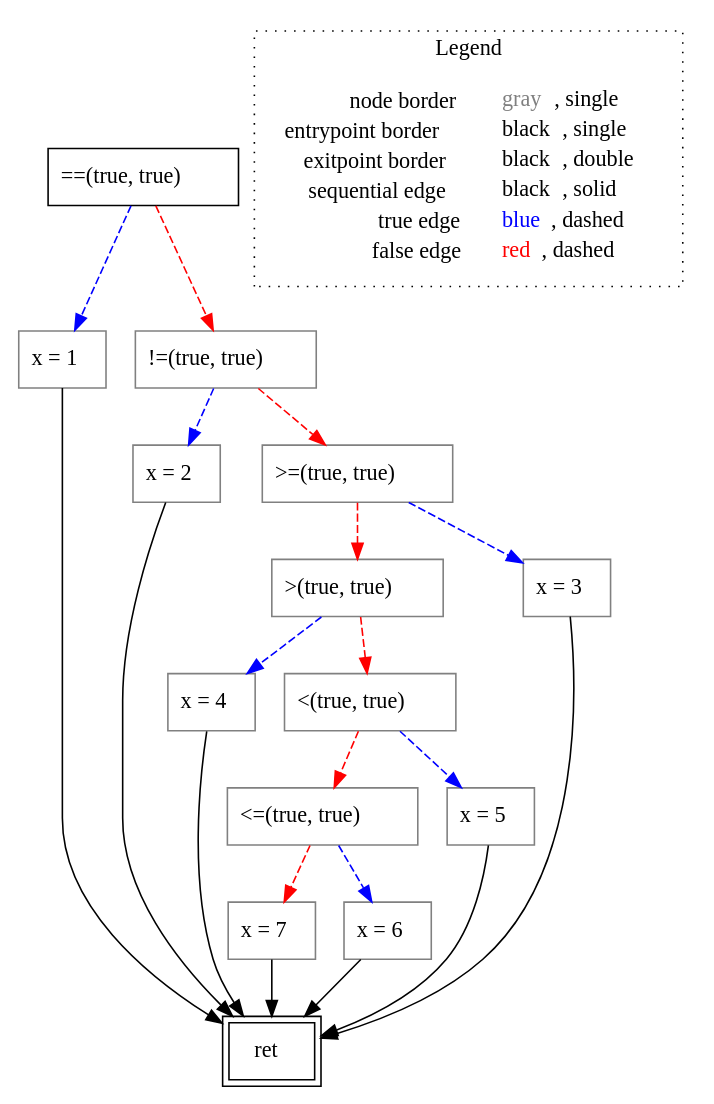
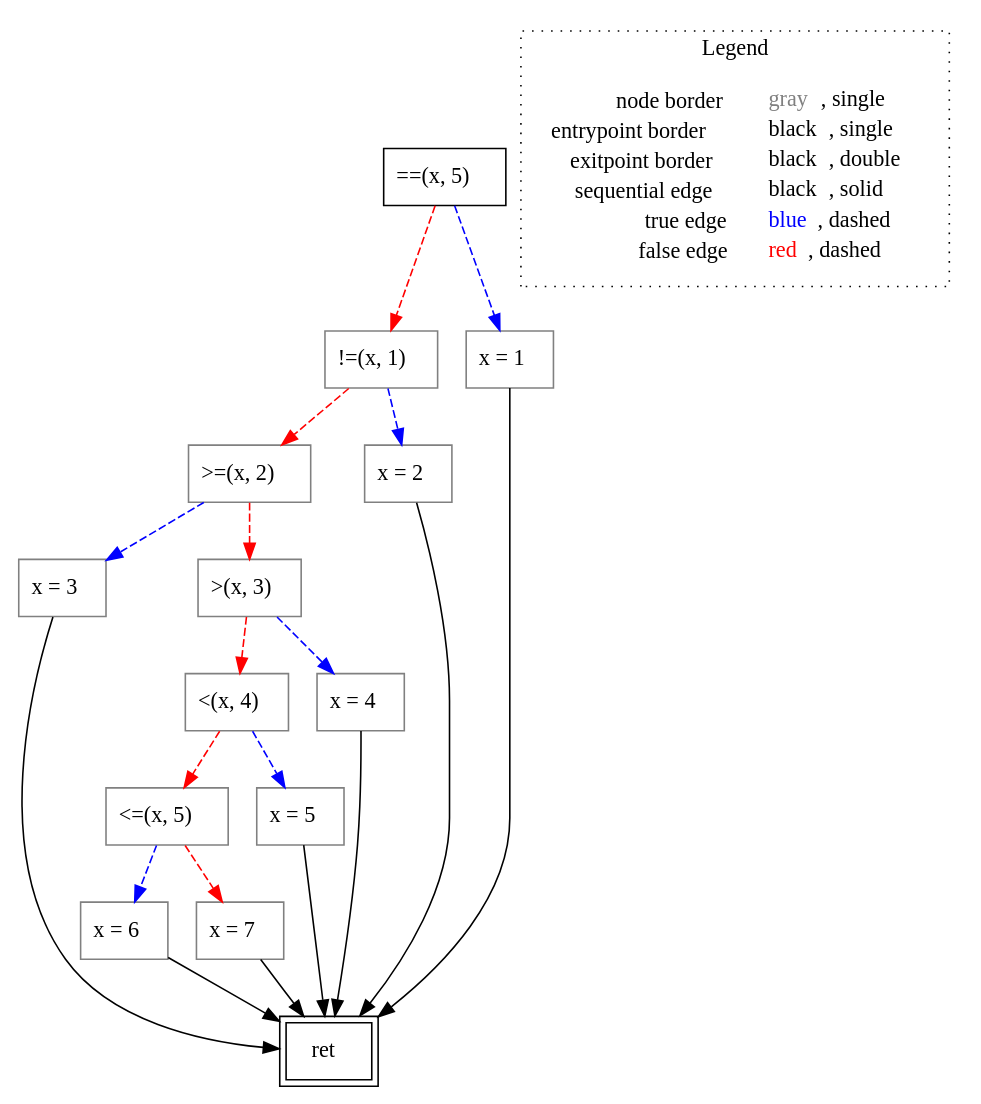
The diagram in rust-lisa/rust-testcases/cfg/multiple-if/untyped_rust-testcases_cfg_multiple-if_multiple-if.rs.main().dot (VincenzoArceri/rust-lisa), drawn with Graphviz before and after one commit. The commit also changed 6 other files, not shown here.

```diff
--- a/rust-lisa/rust-testcases/cfg/multiple-if/untyped_rust-testcases_cfg_multiple-if_multiple-if.rs.main().dot
+++ b/rust-lisa/rust-testcases/cfg/multiple-if/untyped_rust-testcases_cfg_multiple-if_multiple-if.rs.main().dot
@@ -1,42 +1,42 @@
 digraph {
-	"node0" [shape="rect",color="black",label=<==(true, true)>];
-	"node1" [shape="rect",color="gray",label=<x = 4>];
-	"node2" [shape="rect",color="gray",label=<&lt;=(true, true)>];
-	"node3" [shape="rect",color="gray",label=<&lt;(true, true)>];
-	"node4" [shape="rect",color="gray",label=<x = 1>];
-	"node5" [shape="rect",color="black",peripheries="2",label=<ret>];
-	"node6" [shape="rect",color="gray",label=<!=(true, true)>];
+	"node0" [shape="rect",color="black",label=<==(x, 5)>];
+	"node1" [shape="rect",color="gray",label=<&gt;=(x, 2)>];
+	"node2" [shape="rect",color="gray",label=<x = 6>];
+	"node3" [shape="rect",color="gray",label=<&lt;(x, 4)>];
+	"node4" [shape="rect",color="gray",label=<!=(x, 1)>];
+	"node5" [shape="rect",color="gray",label=<&lt;=(x, 5)>];
+	"node6" [shape="rect",color="gray",label=<x = 3>];
 	"node7" [shape="rect",color="gray",label=<x = 7>];
-	"node8" [shape="rect",color="gray",label=<x = 2>];
-	"node9" [shape="rect",color="gray",label=<x = 6>];
-	"node10" [shape="rect",color="gray",label=<&gt;(true, true)>];
-	"node11" [shape="rect",color="gray",label=<x = 5>];
-	"node12" [shape="rect",color="gray",label=<&gt;=(true, true)>];
-	"node13" [shape="rect",color="gray",label=<x = 3>];
-	"node1" -> "node5" [color="black"];
-	"node2" -> "node9" [color="blue",style="dashed"];
-	"node2" -> "node7" [color="red",style="dashed"];
-	"node3" -> "node2" [color="red",style="dashed"];
-	"node3" -> "node11" [color="blue",style="dashed"];
-	"node4" -> "node5" [color="black"];
-	"node0" -> "node4" [color="blue",style="dashed"];
-	"node0" -> "node6" [color="red",style="dashed"];
-	"node6" -> "node8" [color="blue",style="dashed"];
-	"node6" -> "node12" [color="red",style="dashed"];
-	"node7" -> "node5" [color="black"];
-	"node8" -> "node5" [color="black"];
-	"node9" -> "node5" [color="black"];
-	"node10" -> "node1" [color="blue",style="dashed"];
-	"node10" -> "node3" [color="red",style="dashed"];
-	"node11" -> "node5" [color="black"];
-	"node12" -> "node10" [color="red",style="dashed"];
-	"node12" -> "node13" [color="blue",style="dashed"];
-	"node13" -> "node5" [color="black"];
+	"node8" [shape="rect",color="black",peripheries="2",label=<ret>];
+	"node9" [shape="rect",color="gray",label=<x = 4>];
+	"node10" [shape="rect",color="gray",label=<x = 5>];
+	"node11" [shape="rect",color="gray",label=<&gt;(x, 3)>];
+	"node12" [shape="rect",color="gray",label=<x = 2>];
+	"node13" [shape="rect",color="gray",label=<x = 1>];
+	"node0" -> "node4" [color="red",style="dashed"];
+	"node0" -> "node13" [color="blue",style="dashed"];
+	"node1" -> "node11" [color="red",style="dashed"];
+	"node1" -> "node6" [color="blue",style="dashed"];
+	"node2" -> "node8" [color="black"];
+	"node3" -> "node5" [color="red",style="dashed"];
+	"node3" -> "node10" [color="blue",style="dashed"];
+	"node4" -> "node1" [color="red",style="dashed"];
+	"node4" -> "node12" [color="blue",style="dashed"];
+	"node5" -> "node2" [color="blue",style="dashed"];
+	"node5" -> "node7" [color="red",style="dashed"];
+	"node6" -> "node8" [color="black"];
+	"node7" -> "node8" [color="black"];
+	"node9" -> "node8" [color="black"];
+	"node10" -> "node8" [color="black"];
+	"node11" -> "node3" [color="red",style="dashed"];
+	"node11" -> "node9" [color="blue",style="dashed"];
+	"node12" -> "node8" [color="black"];
+	"node13" -> "node8" [color="black"];
 subgraph cluster_legend {
 	label="Legend";
 	style=dotted;
 	node [shape=plaintext];
 	"legend" [label=<<table border="0" cellpadding="2" cellspacing="0" cellborder="0"><tr><td align="right">node border&nbsp;</td><td align="left"><font color="gray">gray</font>, single</td></tr><tr><td align="right">entrypoint border&nbsp;</td><td align="left"><font color="black">black</font>, single</td></tr><tr><td align="right">exitpoint border&nbsp;</td><td align="left"><font color="black">black</font>, double</td></tr><tr><td align="right">sequential edge&nbsp;</td><td align="left"><font color="black">black</font>, solid</td></tr><tr><td align="right">true edge&nbsp;</td><td align="left"><font color="blue">blue</font>, dashed</td></tr><tr><td align="right">false edge&nbsp;</td><td align="left"><font color="red">red</font>, dashed</td></tr></table>>];
 }
 
 }
```
